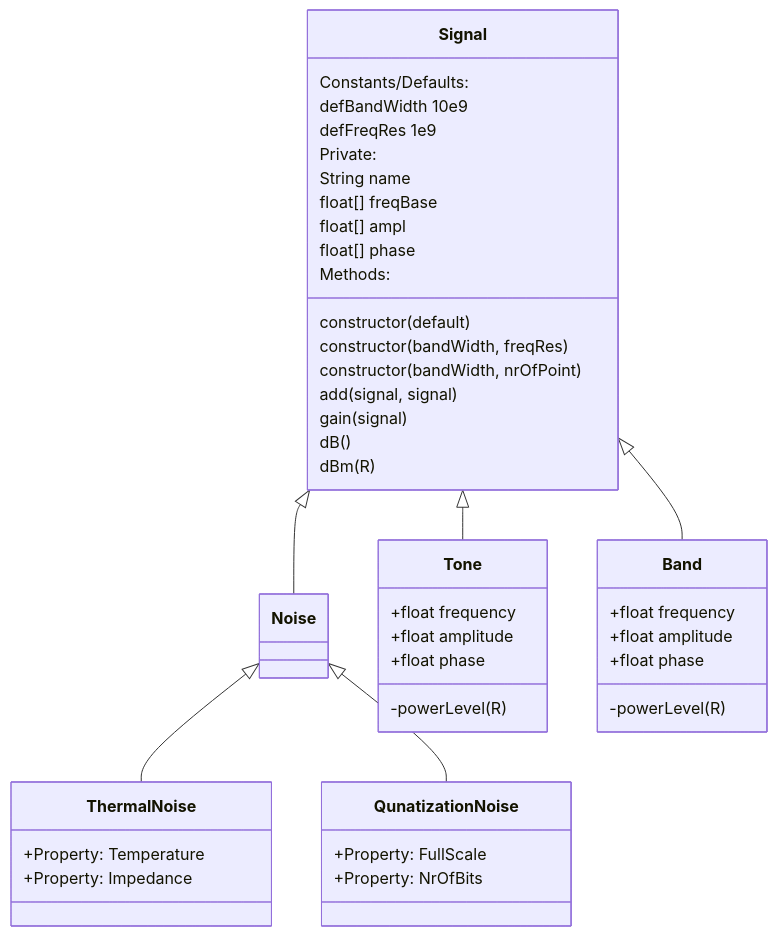
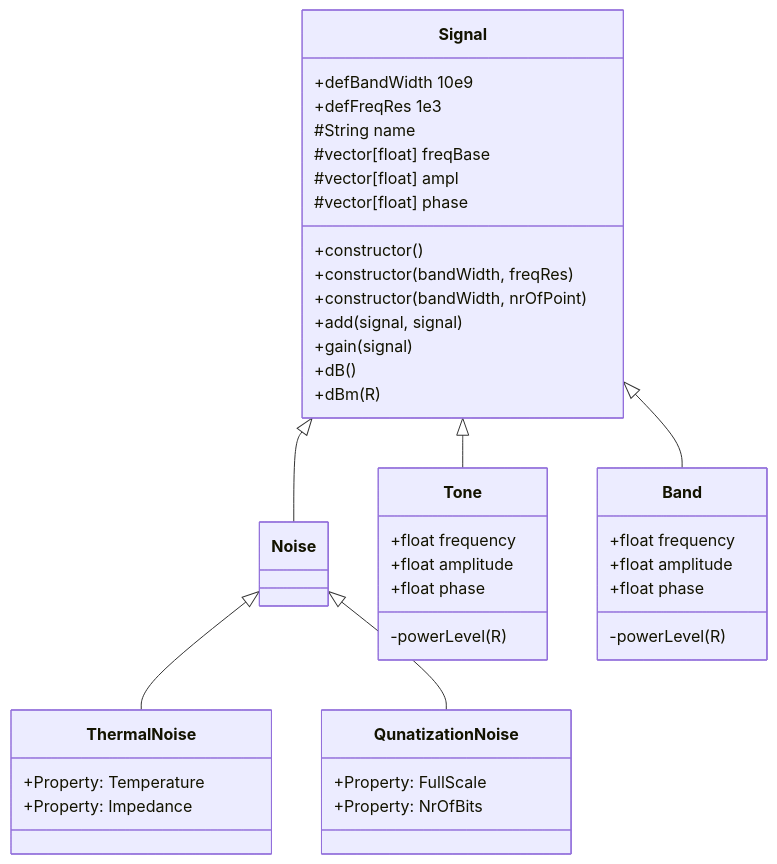
Before and after one commit to botondkirei/AmoRF: the diagram in trunk/AmoRF.md, drawn with Mermaid.

````diff
--- a/trunk/AmoRF.md
+++ b/trunk/AmoRF.md
@@ -1,49 +1,46 @@
 ```mermaid
 classDiagram
     Signal <|-- Noise
     Signal <|-- Tone
     Signal <|-- Band
     Noise <|-- ThermalNoise
     Noise <|-- QunatizationNoise
     class Signal {
-        Constants/Defaults:
-            defBandWidth 10e9
-            defFreqRes 1e9
-        Private:
-            String name
-            float[] freqBase
-            float[] ampl
-            float[] phase
-        Methods:
-            constructor(default)
-            constructor(bandWidth, freqRes)
-            constructor(bandWidth, nrOfPoint)
-            add(signal, signal)
-            gain(signal)
-            dB()
-            dBm(R)
+            +defBandWidth 10e9
+            +defFreqRes 1e3
+            #String name
+            #vector[float] freqBase
+            #vector[float] ampl
+            #vector[float] phase
+            +constructor()
+            +constructor(bandWidth, freqRes)
+            +constructor(bandWidth, nrOfPoint)
+            +add(signal, signal)
+            +gain(signal)
+            +dB()
+            +dBm(R)
     }
     class Noise{
 
     }
     class Tone{
       +float frequency
       +float amplitude
       +float phase
       -powerLevel(R)
     }
     class Band{
       +float frequency
       +float amplitude
       +float phase
       -powerLevel(R)
     }
     class ThermalNoise {
     +Property: Temperature
     +Property: Impedance
     }
     class QunatizationNoise {
     +Property: FullScale
     +Property: NrOfBits
     }     
 ```
````
